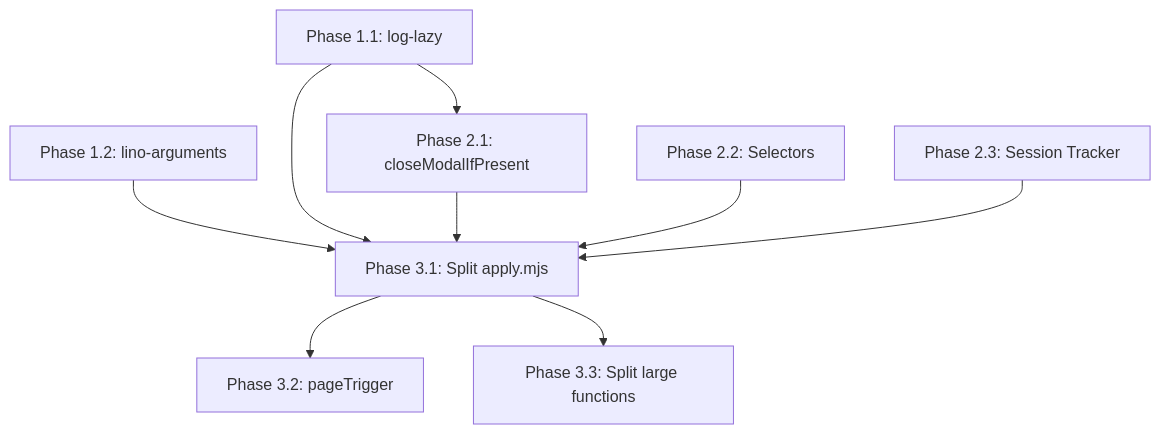
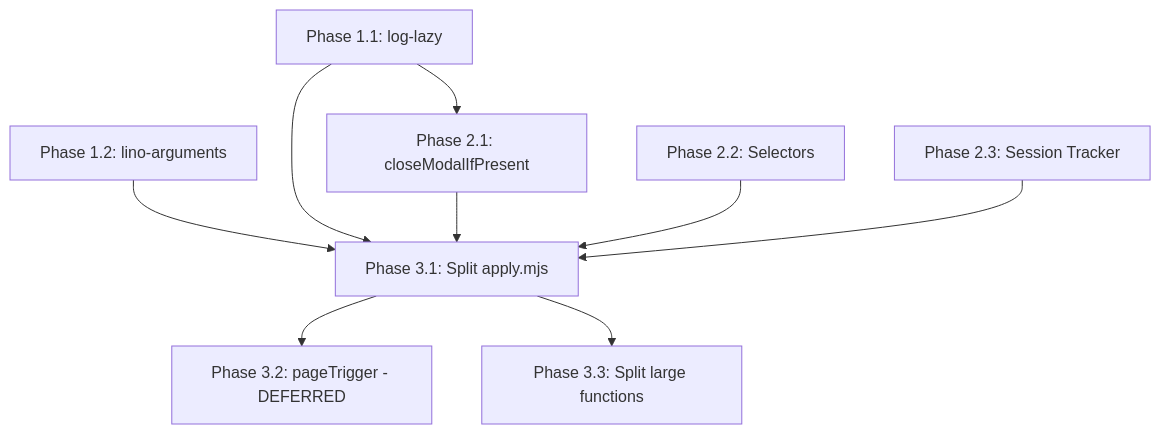
One commit to comerc/hh-job-application-automation changed the diagram in IMPLEMENTATION_CHECKLIST.md. Above: the diagram before and after it, drawn with Mermaid. The commit also changed other lines of this file and 4 other files, not shown here.

````diff
--- a/IMPLEMENTATION_CHECKLIST.md
+++ b/IMPLEMENTATION_CHECKLIST.md
@@ -362,11 +212,11 @@
 ```mermaid
 graph TD
     A[Phase 1.1: log-lazy] --> C[Phase 2.1: closeModalIfPresent]
     B[Phase 1.2: lino-arguments] --> D[Phase 3.1: Split apply.mjs]
     A --> D
     C --> D
     E[Phase 2.2: Selectors] --> D
     F[Phase 2.3: Session Tracker] --> D
-    D --> G[Phase 3.2: pageTrigger]
+    D --> G[Phase 3.2: pageTrigger - DEFERRED]
     D --> H[Phase 3.3: Split large functions]
 ```
````
